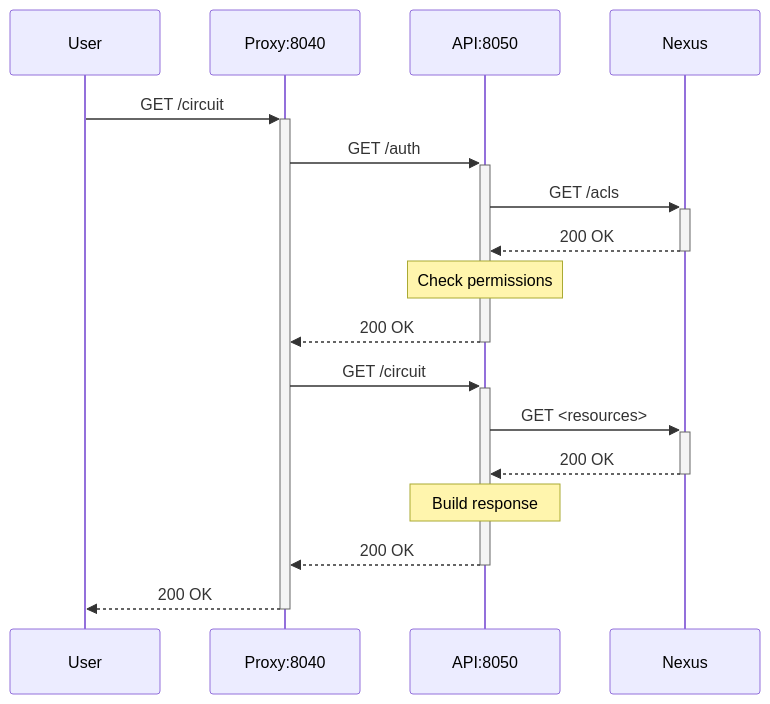
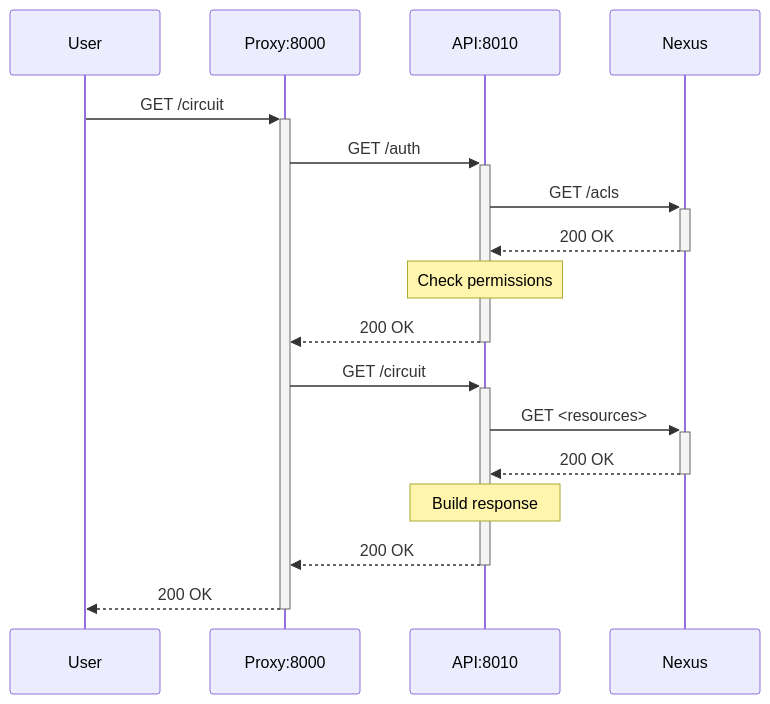
The diagram in README.md (openbraininstitute/sonata-cell-position), drawn with Mermaid before and after one commit. The commit also changed other lines of this file and 4 other files, not shown here.

````diff
--- a/README.md
+++ b/README.md
@@ -12,19 +12,19 @@
 ```mermaid
 sequenceDiagram
     participant User
-    participant Proxy as Proxy:8040
-    participant API as API:8050
+    participant Proxy as Proxy:8000
+    participant API as API:8010
     participant Nexus
     User->>+Proxy: GET /circuit
     Proxy->>+API: GET /auth
     API->>+Nexus: GET /acls
     Nexus-->>-API: 200 OK
     Note over API: Check permissions
     API-->>-Proxy: 200 OK
     Proxy->>+API: GET /circuit
     API->>+Nexus: GET <resources>
     Nexus-->>-API: 200 OK
     Note over API: Build response
     API-->>-Proxy: 200 OK
     Proxy-->>-User: 200 OK
 ```
````
